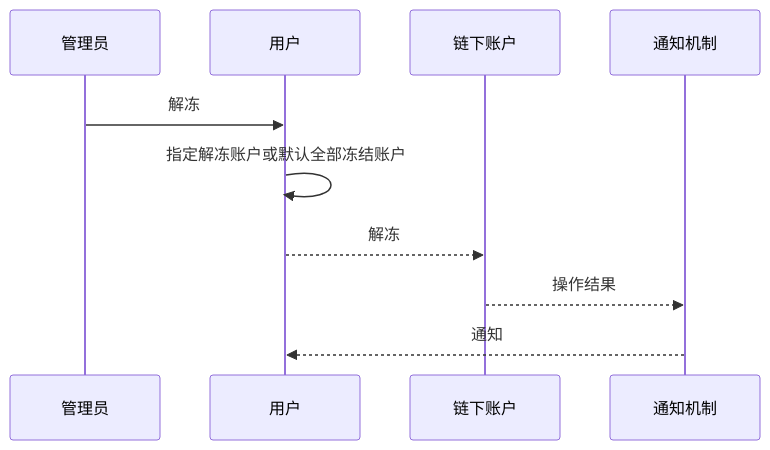
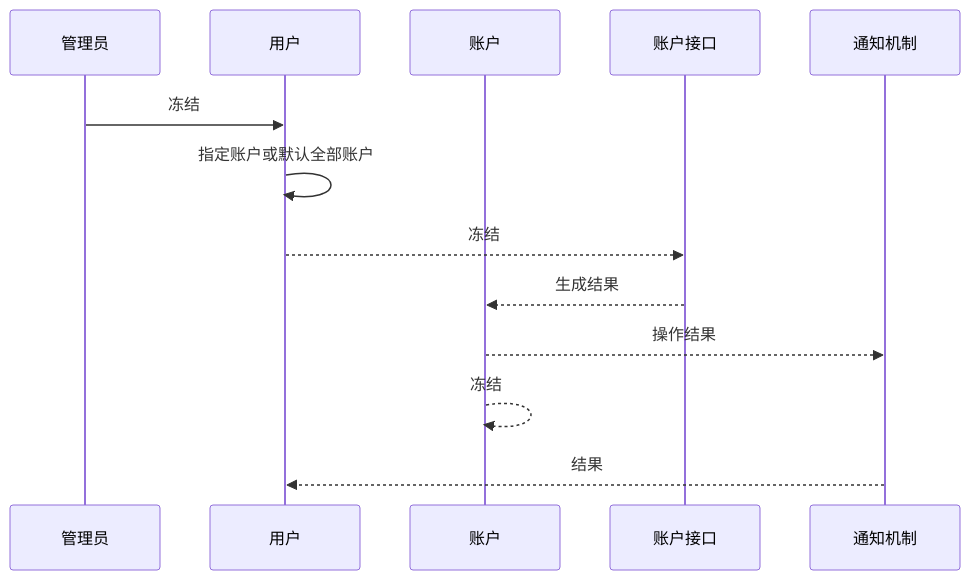
Diagram 13 of 22 in Readme.md (neomaclin/designdoc), drawn with Mermaid before and after one commit. The commit also changed other lines of this file and 3 other files, not shown here.

````diff
--- a/Readme.md
+++ b/Readme.md
@@ -108,16 +213,19 @@
 ```mermaid
 
 sequenceDiagram
     participant s as 管理员
     participant u as 用户
-    participant a as 链下账户
+    participant a as 账户
+    participant ai as 账户接口
     participant n as 通知机制
 
-    s->>u: 解冻
-    u->>u: 指定解冻账户或默认全部冻结账户
-    u-->>a: 解冻
+    s->>u: 冻结
+    u->>u: 指定账户或默认全部账户
+    u-->> ai: 冻结
+    ai-->>a: 生成结果
     a-->> n: 操作结果
-    n-->>u: 通知
+    a-->> a: 冻结
+    n-->>u: 结果
 
 
 ```
````
